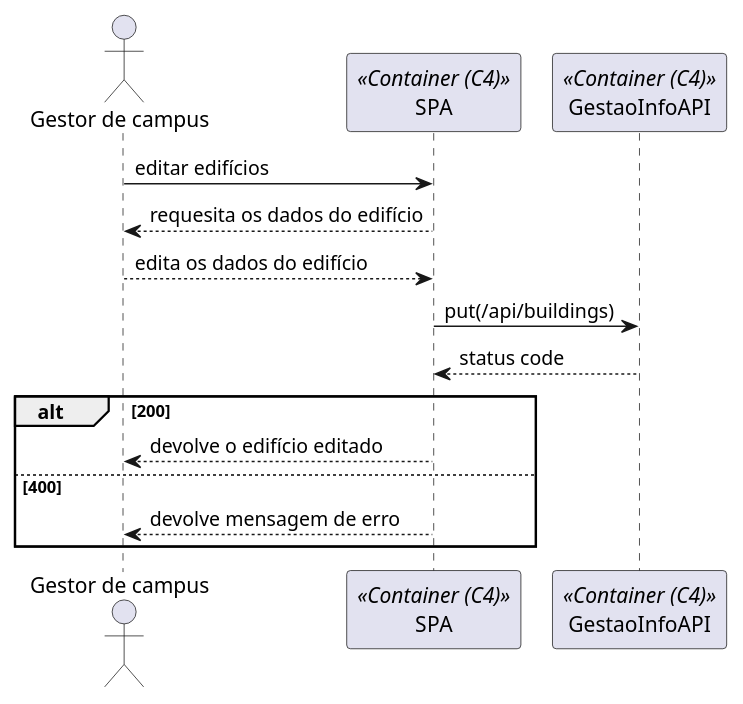
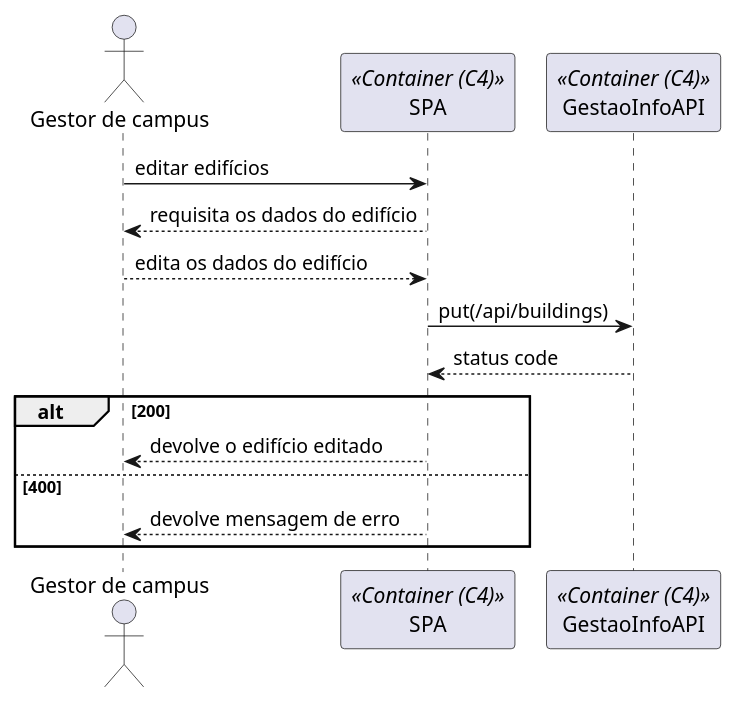
Before and after one commit to ruben1132/PI5_23-24: the diagram in docs/nivel2/N2_US160.puml, drawn with PlantUML. The commit also changed 8 other files, not shown here.

```diff
--- a/docs/nivel2/N2_US160.puml
+++ b/docs/nivel2/N2_US160.puml
@@ -1,19 +1,19 @@
 @startuml
 
 actor "Gestor de campus" as Actor
 participant "SPA" as Container <<Container (C4)>>
 participant "GestaoInfoAPI" as API <<Container (C4)>>
 
 Actor -> Container:  editar edifícios
-Container --> Actor: requesita os dados do edifício
+Container --> Actor: requisita os dados do edifício
 Actor --> Container: edita os dados do edifício
 Container -> API: put(/api/buildings)
 
 API --> Container: status code
 alt 200
     Container --> Actor: devolve o edifício editado
 else 400
     Container --> Actor: devolve mensagem de erro
 end
 
 @enduml
```
